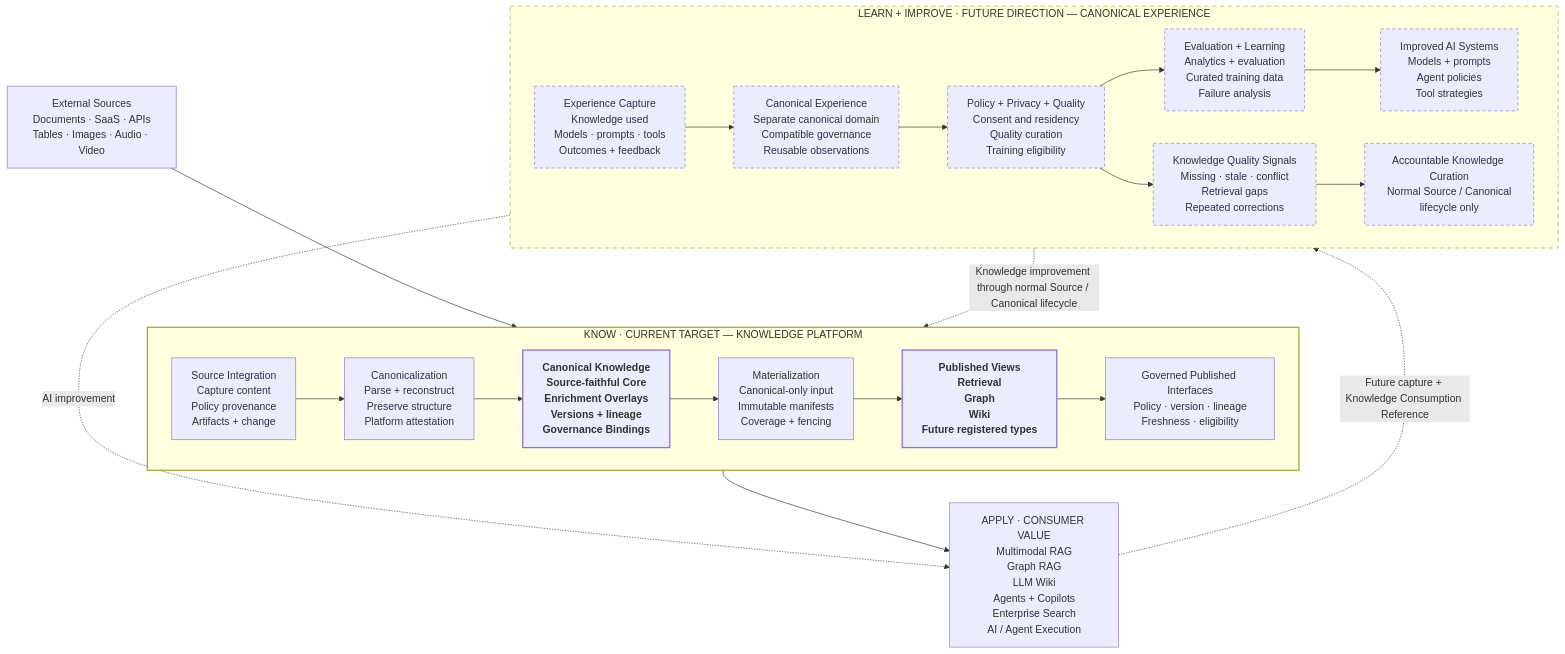
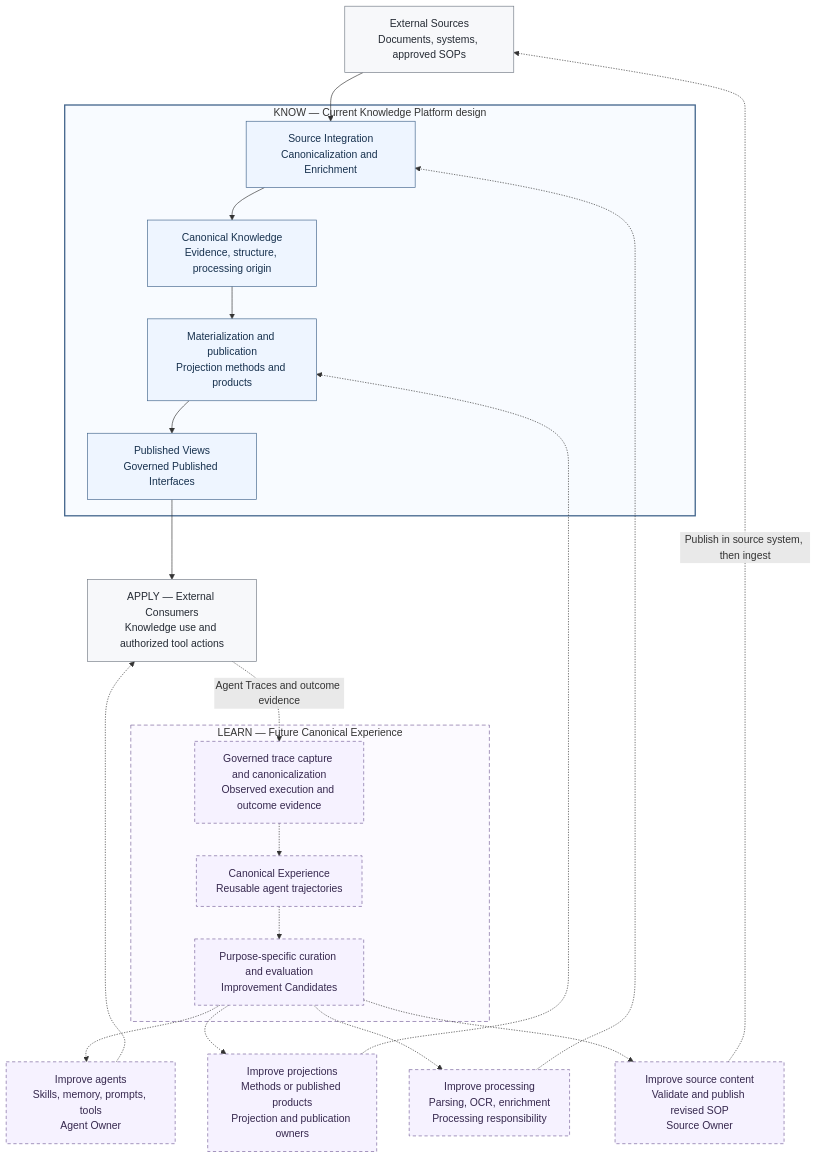
Before and after one commit to davidlinnnn/data-ingestion: the diagram in docs/diagrams/knowledge-loop.md, drawn with Mermaid. The commit also changed other lines of this file and 15 other files, not shown here.

Commit message:
docs: checkpoint Knowledge Platform overall design and review

````diff
--- a/docs/diagrams/knowledge-loop.md
+++ b/docs/diagrams/knowledge-loop.md
@@ -11,52 +9,48 @@
 ```mermaid
 flowchart TB
-    SOURCES["External Sources<br/>Documents · SaaS · APIs<br/>Tables · Images · Audio · Video"]
+    SRC["External Sources<br/>Documents, systems, approved SOPs"]
 
-    subgraph KP["KNOW · CURRENT TARGET — KNOWLEDGE PLATFORM"]
-        direction LR
-
-        SI["Source Integration<br/>Capture content<br/>Policy provenance<br/>Artifacts + change"]
-        CZ["Canonicalization<br/>Parse + reconstruct<br/>Preserve structure<br/>Platform attestation"]
-        CK["Canonical Knowledge<br/>Source-faithful Core<br/>Enrichment Overlays<br/>Versions + lineage<br/>Governance Bindings"]
-        MAT["Materialization<br/>Canonical-only input<br/>Immutable manifests<br/>Coverage + fencing"]
-        PV["Published Views<br/>Retrieval<br/>Graph<br/>Wiki<br/>Future registered types"]
-        GPI["Governed Published Interfaces<br/>Policy · version · lineage<br/>Freshness · eligibility"]
-
-        SI --> CZ --> CK --> MAT --> PV --> GPI
+    subgraph KP["KNOW — Current Knowledge Platform design"]
+        PROC["Source Integration<br/>Canonicalization and Enrichment"]
+        CK["Canonical Knowledge<br/>Evidence, structure, processing origin"]
+        MAT["Materialization and publication<br/>Projection methods and products"]
+        PV["Published Views<br/>Governed Published Interfaces"]
+        PROC --> CK --> MAT --> PV
     end
 
-    CONSUMERS["APPLY · CONSUMER VALUE<br/>Multimodal RAG<br/>Graph RAG<br/>LLM Wiki<br/>Agents + Copilots<br/>Enterprise Search<br/>AI / Agent Execution"]
+    AG["APPLY — External Consumers<br/>Knowledge use and authorized tool actions"]
+    SRC --> PROC
+    PV --> AG
 
-    SOURCES --> SI
-    GPI --> CONSUMERS
-
-    subgraph FUTURE["LEARN + IMPROVE · FUTURE DIRECTION — CANONICAL EXPERIENCE"]
-        direction LR
-
-        EC["Experience Capture<br/>Knowledge used<br/>Models · prompts · tools<br/>Outcomes + feedback"]
-        CE["Canonical Experience<br/>Separate canonical domain<br/>Compatible governance<br/>Reusable observations"]
-        PQ["Policy + Privacy + Quality<br/>Consent and residency<br/>Quality curation<br/>Training eligibility"]
-
-        EVAL["Evaluation + Learning<br/>Analytics + evaluation<br/>Curated training data<br/>Failure analysis"]
-        KS["Knowledge Quality Signals<br/>Missing · stale · conflict<br/>Retrieval gaps<br/>Repeated corrections"]
-
-        AIS["Improved AI Systems<br/>Models + prompts<br/>Agent policies<br/>Tool strategies"]
-        KC["Accountable Knowledge Curation<br/>Normal Source / Canonical<br/>lifecycle only"]
-
-        EC --> CE --> PQ
-        PQ --> EVAL --> AIS
-        PQ --> KS --> KC
+    subgraph EXP["LEARN — Future Canonical Experience"]
+        CAP["Governed trace capture and canonicalization<br/>Observed execution and outcome evidence"]
+        CE["Canonical Experience<br/>Reusable agent trajectories"]
+        EVAL["Purpose-specific curation and evaluation<br/>Improvement Candidates"]
+        CAP -.-> CE -.-> EVAL
     end
 
-    CONSUMERS -.->|"Future capture + Knowledge Consumption Reference"| EC
-    AIS -.->|"AI improvement"| CONSUMERS
-    KC -.->|"Knowledge improvement through normal Source / Canonical lifecycle"| CZ
+    AG -.->|"Agent Traces and outcome evidence"| CAP
 
-    class CK,PV key
-    class EC,CE,PQ,EVAL,KS,AIS,KC future
+    A["Improve agents<br/>Skills, memory, prompts, tools<br/>Agent Owner"]
+    P["Improve projections<br/>Methods or published products<br/>Projection and publication owners"]
+    C["Improve processing<br/>Parsing, OCR, enrichment<br/>Processing responsibility"]
+    S["Improve source content<br/>Validate and publish revised SOP<br/>Source Owner"]
 
-    classDef key stroke-width:2px,font-weight:bold
-    classDef future stroke-dasharray:5 4
-    style KP stroke-width:2px
-    style FUTURE stroke-dasharray:7 5
+    EVAL -.-> A
+    EVAL -.-> P
+    EVAL -.-> C
+    EVAL -.-> S
+    A -.-> AG
+    P -.-> MAT
+    C -.-> PROC
+    S -.->|"Publish in source system, then ingest"| SRC
+
+    classDef current fill:#eef5ff,stroke:#42658c,color:#17314e
+    classDef future fill:#f6f2ff,stroke:#78629b,color:#36284e,stroke-dasharray:5 4
+    classDef outside fill:#f7f8fa,stroke:#737b86,color:#242a33
+    class PROC,CK,MAT,PV current
+    class CAP,CE,EVAL,A,P,C,S future
+    class SRC,AG outside
+    style KP fill:#f8fbff,stroke:#42658c,stroke-width:2px
+    style EXP fill:#fcfaff,stroke:#78629b,stroke-dasharray:6 4
 ```
````
